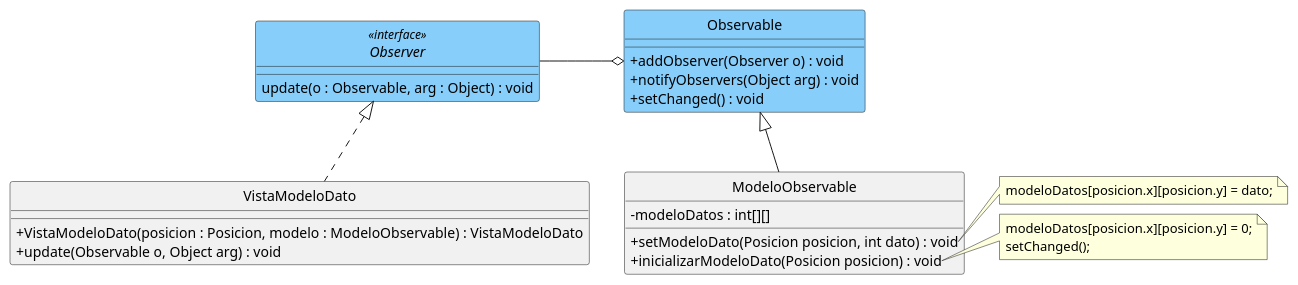
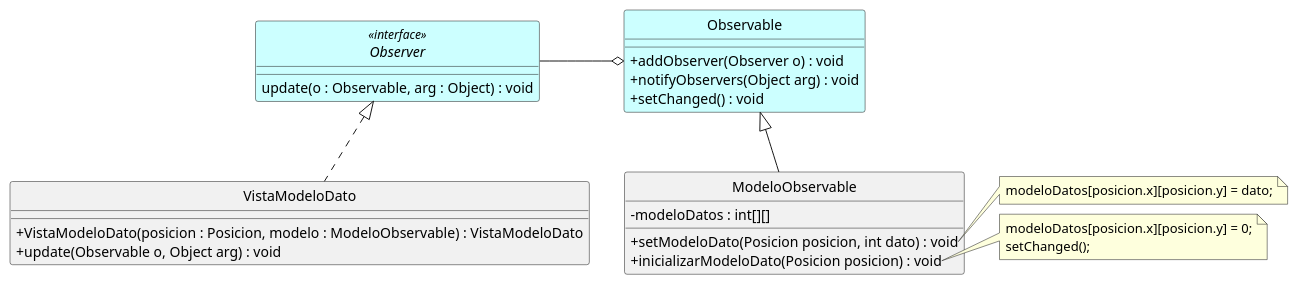
The diagram in diagrams/observer-pattern.plantuml (fiuba/algo3_ejemplo_mvc_colores), drawn with PlantUML before and after one commit. The commit also changed 13 other files, not shown here.

```diff
--- a/diagrams/observer-pattern.plantuml
+++ b/diagrams/observer-pattern.plantuml
@@ -1,52 +1,52 @@
 @startuml
 hide circle
 skinparam classAttributeIconSize 0
 
-skinparam stereotypeCBackgroundColor<< Foo >> DimGray
+skinparam stereotypeCBackgroundColor<< Foo >> Blue
 
 interface Observer <<interface>>{
         update(o : Observable, arg : Object) : void
 }
 
 class VistaModeloDato {
         + VistaModeloDato(posicion : Posicion, modelo : ModeloObservable) : VistaModeloDato
         + update(Observable o, Object arg) : void
 }
 
 class Observable {
         + addObserver(Observer o) : void
         + notifyObservers(Object arg) : void
         + setChanged() : void 
         /'
          ' changed = true;
          '/
 }
 
 
 class ModeloObservable {
 
     - modeloDatos : int[][]
 
     + setModeloDato(Posicion posicion, int dato) : void 
     + inicializarModeloDato(Posicion posicion) : void 
 }
 
 note right of ModeloObservable::setModeloDato
 modeloDatos[posicion.x][posicion.y] = dato;
 end note
 
 note right of ModeloObservable::inicializarModeloDato
 modeloDatos[posicion.x][posicion.y] = 0;
 setChanged();
 end note
 
 
 Observer <|.. VistaModeloDato
 Observable <|-- ModeloObservable
 
 Observer -o Observable
 
-class Observable #LightSkyBlue
-interface Observer #LightSkyBlue
+class Observable #CCFFFF
+interface Observer #CCFFFF
 
 @enduml
```
